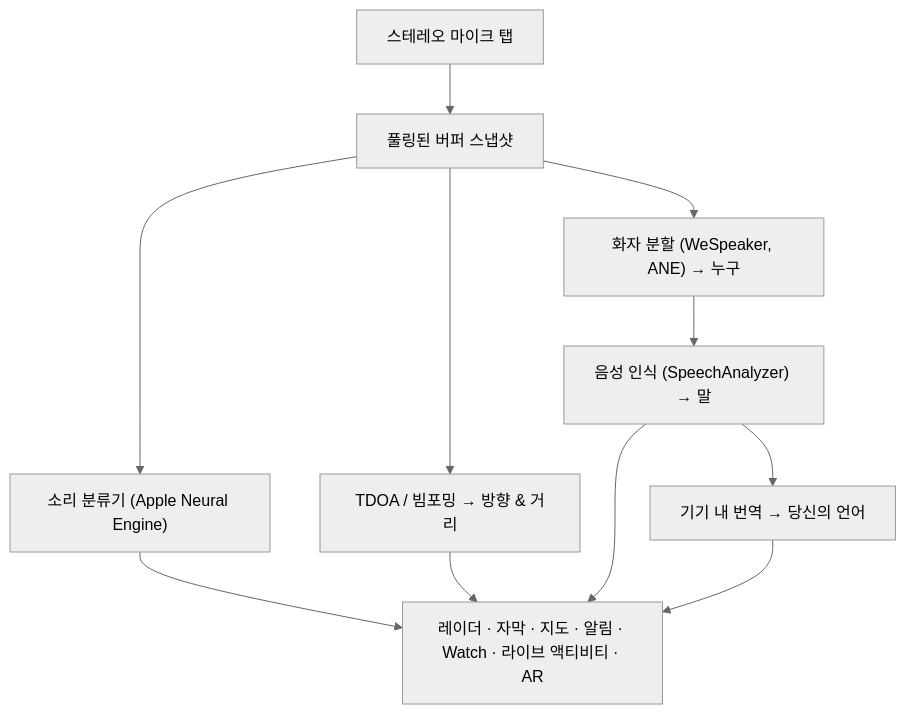
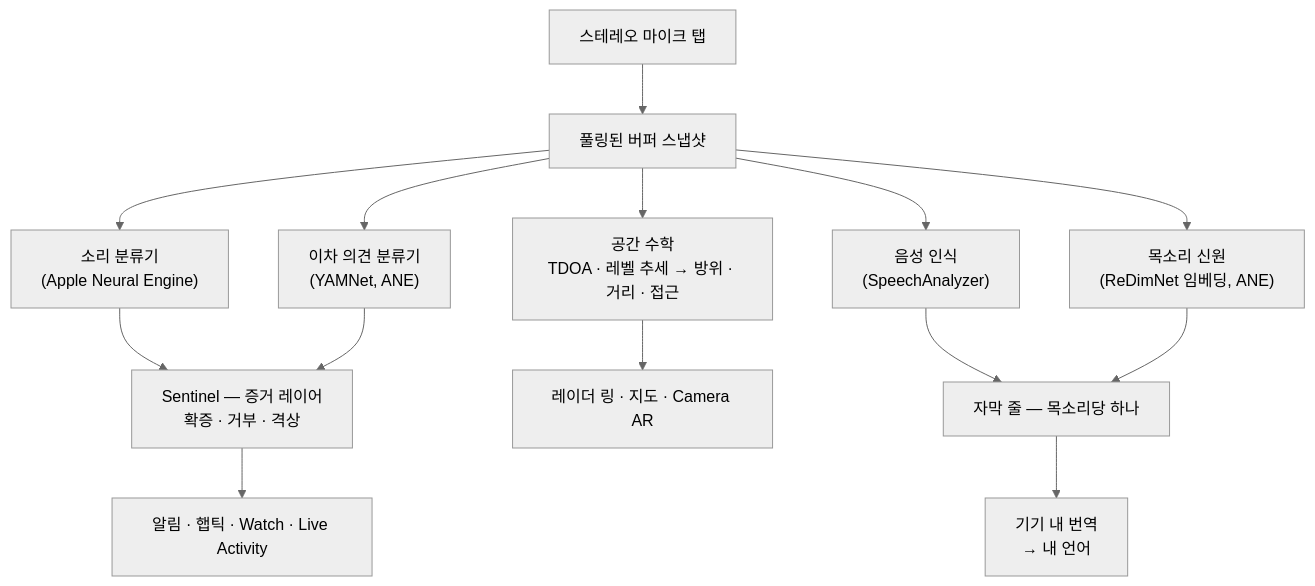
The second of 4 diagrams in README_ko.md (rpalm01-star/VigilantEarLegal), drawn with Mermaid (neutral theme) before and after one commit. The commit also changed other lines of this file and 11 other files, not shown here.

````diff
--- a/README_ko.md
+++ b/README_ko.md
@@ -113,10 +124,16 @@
 ```mermaid
 graph TD
     A["스테레오 마이크 탭"] --> B["풀링된 버퍼 스냅샷"]
-    B --> C["소리 분류기 (Apple Neural Engine)"]
-    B --> D["TDOA / 빔포밍 → 방향 & 거리"]
-    B --> E["화자 분할 (WeSpeaker, ANE) → 누구"]
-    E --> F["음성 인식 (SpeechAnalyzer) → 말"]
-    F --> G["기기 내 번역 → 당신의 언어"]
-    C & D & F & G --> H["레이더 · 자막 · 지도 · 알림 · Watch · 라이브 액티비티 · AR"]
+    B --> C["소리 분류기<br/>(Apple Neural Engine)"]
+    B --> Y["이차 의견 분류기<br/>(YAMNet, ANE)"]
+    C --> S["Sentinel — 증거 레이어<br/>확증 · 거부 · 격상"]
+    Y --> S
+    S --> H["알림 · 햅틱 · Watch · Live Activity"]
+    B --> D["공간 수학<br/>TDOA · 레벨 추세 → 방위 · 거리 · 접근"]
+    D --> R["레이더 링 · 지도 · Camera AR"]
+    B --> F["음성 인식<br/>(SpeechAnalyzer)"]
+    B --> E["목소리 신원<br/>(ReDimNet 임베딩, ANE)"]
+    F --> G["자막 줄 — 목소리당 하나"]
+    E --> G
+    G --> T["기기 내 번역<br/>→ 내 언어"]
 ```
````
